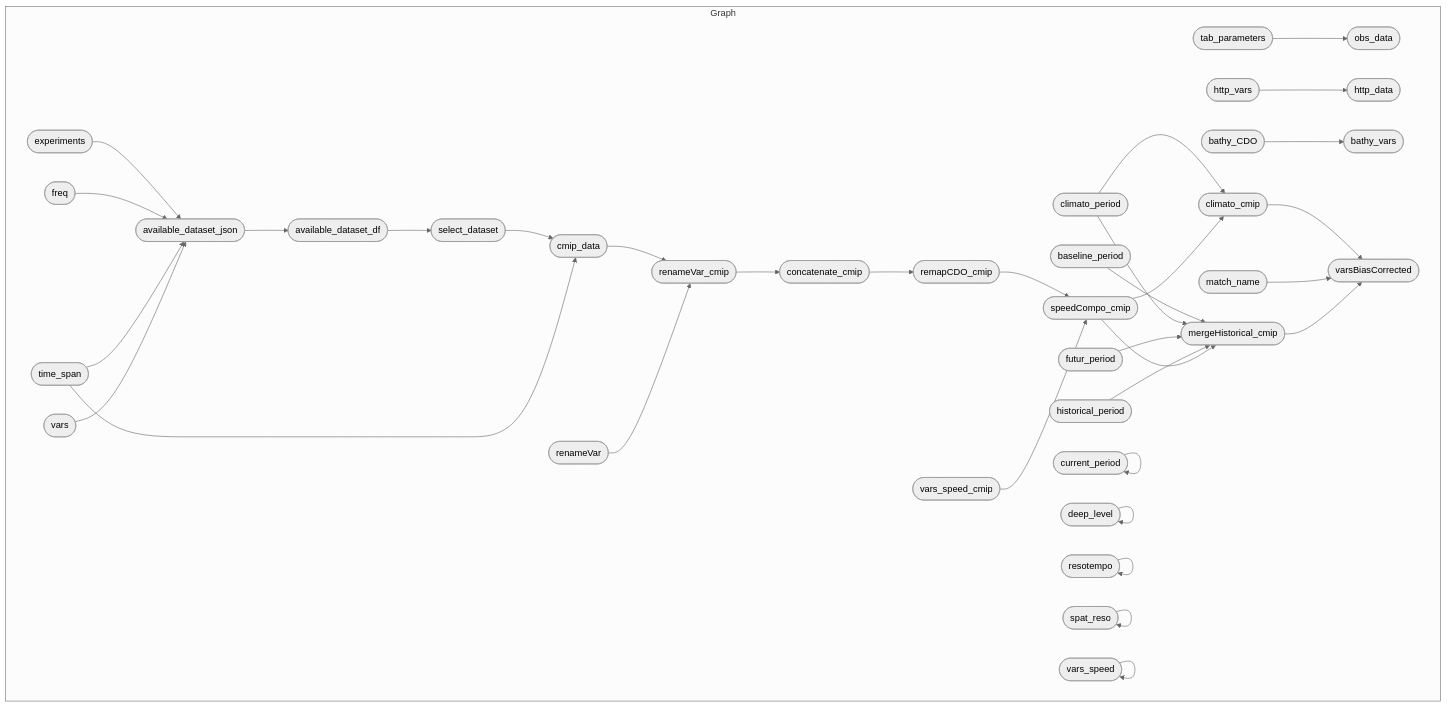
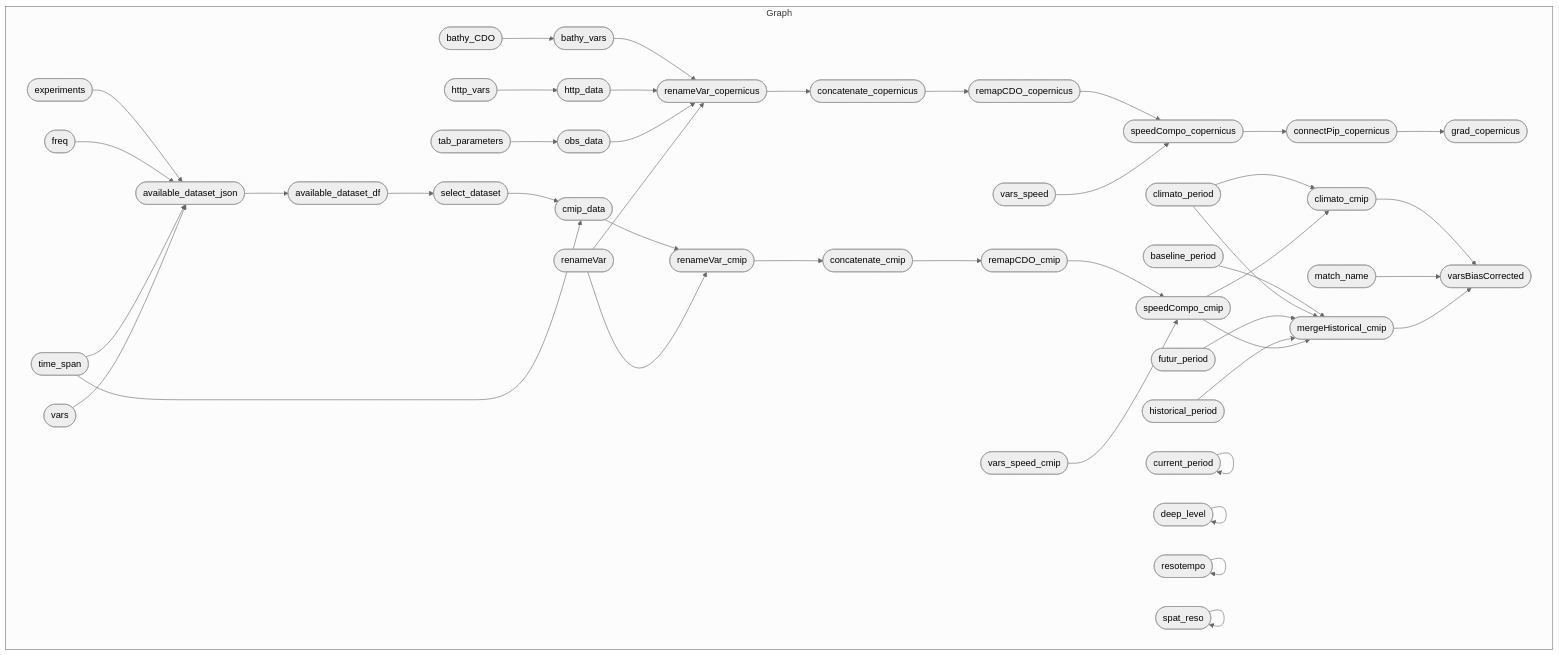
One commit to r-fernandezz/downshape changed the diagram in README.md. Above: the diagram before and after it, drawn with Mermaid (neutral theme).

Commit message:
✏️ TYPO: update mermaid graph

````diff
--- a/README.md
+++ b/README.md
@@ -25,38 +25,47 @@
 ``` mermaid
 graph LR
   subgraph Graph
     direction LR
+    x6fcf9b0e7fc429ff(["available_dataset_json"]):::uptodate --> xe895740a9b7896f7(["available_dataset_df"]):::uptodate
+    x3f5ab24ee8d242b4(["select_dataset"]):::uptodate --> xd8e5f2013a341013(["cmip_data"]):::uptodate
+    x2c0118dd07b06ac8(["time_span"]):::uptodate --> xd8e5f2013a341013(["cmip_data"]):::uptodate
+    xf4b49e2ba07661b1(["remapCDO_cmip"]):::uptodate --> xe5de19f3be59da20(["speedCompo_cmip"]):::uptodate
+    x7a197bdf5f12681a(["vars_speed_cmip"]):::uptodate --> xe5de19f3be59da20(["speedCompo_cmip"]):::uptodate
+    xec6283d15a25ed08(["remapCDO_copernicus"]):::outdated --> xfc6ed28680e5db72(["speedCompo_copernicus"]):::outdated
+    xca459201a27e8460(["vars_speed"]):::uptodate --> xfc6ed28680e5db72(["speedCompo_copernicus"]):::outdated
+    xf5c6fd225c377a3d(["bathy_CDO"]):::uptodate --> xb5817e1daca13dcc(["bathy_vars"]):::outdated
+    xb5817e1daca13dcc(["bathy_vars"]):::outdated --> xe44467b2b079fc18(["renameVar_copernicus"]):::outdated
+    x35b468daf9281b76(["http_data"]):::uptodate --> xe44467b2b079fc18(["renameVar_copernicus"]):::outdated
+    xd7bca5ba4e5f539d(["obs_data"]):::outdated --> xe44467b2b079fc18(["renameVar_copernicus"]):::outdated
+    xd15c82dcb79a7c2e(["renameVar"]):::uptodate --> xe44467b2b079fc18(["renameVar_copernicus"]):::outdated
+    x4fe875b2492d0106(["concatenate_cmip"]):::uptodate --> xf4b49e2ba07661b1(["remapCDO_cmip"]):::uptodate
+    xd8e5f2013a341013(["cmip_data"]):::uptodate --> x0262297569c18022(["renameVar_cmip"]):::uptodate
+    xd15c82dcb79a7c2e(["renameVar"]):::uptodate --> x0262297569c18022(["renameVar_cmip"]):::uptodate
+    x71e926299248ce3f(["http_vars"]):::uptodate --> x35b468daf9281b76(["http_data"]):::uptodate
+    xbbe4eafa679df977(["climato_period"]):::uptodate --> x0c817e56268c947c(["climato_cmip"]):::uptodate
+    xe5de19f3be59da20(["speedCompo_cmip"]):::uptodate --> x0c817e56268c947c(["climato_cmip"]):::uptodate
+    xfc6ed28680e5db72(["speedCompo_copernicus"]):::outdated --> xd2707862cf793d3a(["connectPip_copernicus"]):::outdated
+    xd2707862cf793d3a(["connectPip_copernicus"]):::outdated --> x37179b61a203cbd3(["grad_copernicus"]):::outdated
+    x9289bfb53112cf3b(["concatenate_copernicus"]):::outdated --> xec6283d15a25ed08(["remapCDO_copernicus"]):::outdated
+    xac02e5e58926353b(["experiments"]):::uptodate --> x6fcf9b0e7fc429ff(["available_dataset_json"]):::uptodate
+    x906e78a8df9f52cb(["freq"]):::uptodate --> x6fcf9b0e7fc429ff(["available_dataset_json"]):::uptodate
+    x2c0118dd07b06ac8(["time_span"]):::uptodate --> x6fcf9b0e7fc429ff(["available_dataset_json"]):::uptodate
+    x8f15ec77b8dbd81a(["vars"]):::uptodate --> x6fcf9b0e7fc429ff(["available_dataset_json"]):::uptodate
     x21b09bf88a2ff147(["baseline_period"]):::uptodate --> xf21dac5ab86940da(["mergeHistorical_cmip"]):::uptodate
     xbbe4eafa679df977(["climato_period"]):::uptodate --> xf21dac5ab86940da(["mergeHistorical_cmip"]):::uptodate
     xbce5cad1cf7e7103(["futur_period"]):::uptodate --> xf21dac5ab86940da(["mergeHistorical_cmip"]):::uptodate
     x57dd1d5e854c11b6(["historical_period"]):::uptodate --> xf21dac5ab86940da(["mergeHistorical_cmip"]):::uptodate
     xe5de19f3be59da20(["speedCompo_cmip"]):::uptodate --> xf21dac5ab86940da(["mergeHistorical_cmip"]):::uptodate
-    xe895740a9b7896f7(["available_dataset_df"]):::uptodate --> x3f5ab24ee8d242b4(["select_dataset"]):::uptodate
-    x6fcf9b0e7fc429ff(["available_dataset_json"]):::uptodate --> xe895740a9b7896f7(["available_dataset_df"]):::uptodate
-    xf4b49e2ba07661b1(["remapCDO_cmip"]):::uptodate --> xe5de19f3be59da20(["speedCompo_cmip"]):::uptodate
-    x7a197bdf5f12681a(["vars_speed_cmip"]):::uptodate --> xe5de19f3be59da20(["speedCompo_cmip"]):::uptodate
-    xbbe4eafa679df977(["climato_period"]):::uptodate --> x0c817e56268c947c(["climato_cmip"]):::uptodate
-    xe5de19f3be59da20(["speedCompo_cmip"]):::uptodate --> x0c817e56268c947c(["climato_cmip"]):::uptodate
+    x0262297569c18022(["renameVar_cmip"]):::uptodate --> x4fe875b2492d0106(["concatenate_cmip"]):::uptodate
     x4301c707c2ab0cdc(["tab_parameters"]):::outdated --> xd7bca5ba4e5f539d(["obs_data"]):::outdated
-    xac02e5e58926353b(["experiments"]):::uptodate --> x6fcf9b0e7fc429ff(["available_dataset_json"]):::uptodate
-    x906e78a8df9f52cb(["freq"]):::uptodate --> x6fcf9b0e7fc429ff(["available_dataset_json"]):::uptodate
-    x2c0118dd07b06ac8(["time_span"]):::uptodate --> x6fcf9b0e7fc429ff(["available_dataset_json"]):::uptodate
-    x8f15ec77b8dbd81a(["vars"]):::uptodate --> x6fcf9b0e7fc429ff(["available_dataset_json"]):::uptodate
-    xd8e5f2013a341013(["cmip_data"]):::uptodate --> x0262297569c18022(["renameVar_cmip"]):::uptodate
-    xd15c82dcb79a7c2e(["renameVar"]):::uptodate --> x0262297569c18022(["renameVar_cmip"]):::uptodate
-    x0262297569c18022(["renameVar_cmip"]):::uptodate --> x4fe875b2492d0106(["concatenate_cmip"]):::uptodate
-    x4fe875b2492d0106(["concatenate_cmip"]):::uptodate --> xf4b49e2ba07661b1(["remapCDO_cmip"]):::uptodate
-    x3f5ab24ee8d242b4(["select_dataset"]):::uptodate --> xd8e5f2013a341013(["cmip_data"]):::uptodate
-    x2c0118dd07b06ac8(["time_span"]):::uptodate --> xd8e5f2013a341013(["cmip_data"]):::uptodate
-    x71e926299248ce3f(["http_vars"]):::uptodate --> x35b468daf9281b76(["http_data"]):::uptodate
-    xf5c6fd225c377a3d(["bathy_CDO"]):::uptodate --> xb5817e1daca13dcc(["bathy_vars"]):::outdated
     x0c817e56268c947c(["climato_cmip"]):::uptodate --> x178958aede3793d9(["varsBiasCorrected"]):::errored
     xab1c13260db879af(["match_name"]):::uptodate --> x178958aede3793d9(["varsBiasCorrected"]):::errored
     xf21dac5ab86940da(["mergeHistorical_cmip"]):::uptodate --> x178958aede3793d9(["varsBiasCorrected"]):::errored
+    xe44467b2b079fc18(["renameVar_copernicus"]):::outdated --> x9289bfb53112cf3b(["concatenate_copernicus"]):::outdated
+    xe895740a9b7896f7(["available_dataset_df"]):::uptodate --> x3f5ab24ee8d242b4(["select_dataset"]):::uptodate
     x084994fb0e480676(["current_period"]):::uptodate --> x084994fb0e480676(["current_period"]):::uptodate
     x625f066a5f205ec8(["deep_level"]):::uptodate --> x625f066a5f205ec8(["deep_level"]):::uptodate
     x55a14a7f5821bbec(["resotempo"]):::uptodate --> x55a14a7f5821bbec(["resotempo"]):::uptodate
     xe73cbbcc20086ecd(["spat_reso"]):::uptodate --> xe73cbbcc20086ecd(["spat_reso"]):::uptodate
-    xca459201a27e8460(["vars_speed"]):::uptodate --> xca459201a27e8460(["vars_speed"]):::uptodate
   end
 ```
````
